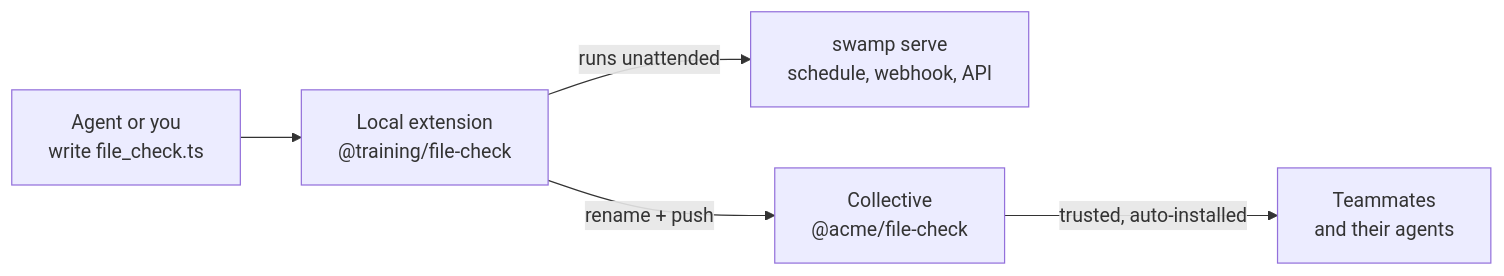
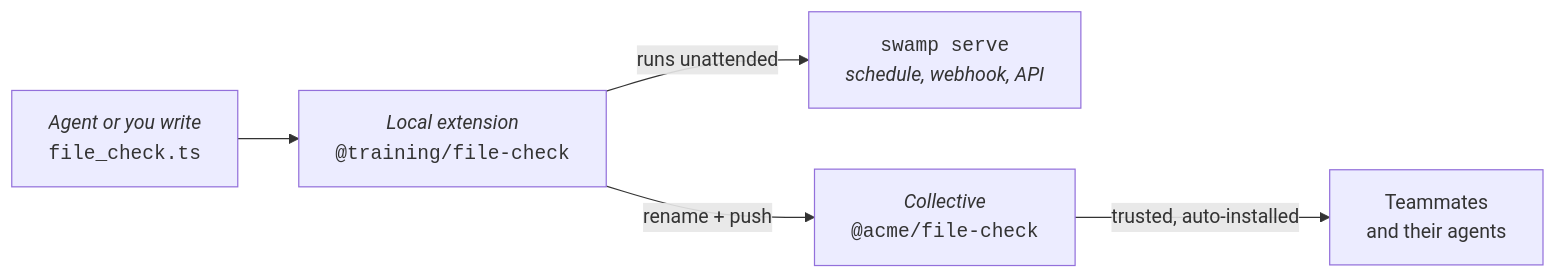
One commit to taylorific/swamp-training changed the fourth of 4 diagrams in slides.md. Above: the diagram before and after it, drawn with Mermaid. The commit also changed other lines of this file, not shown here.

````diff
--- a/slides.md
+++ b/slides.md
@@ -2103,13 +2129,13 @@
 ```mermaid {scale: 0.75}
 flowchart LR
-    A["Agent or you<br/>write file_check.ts"]
-    L["Local extension<br/>@training/file-check"]
-    S["swamp serve<br/>schedule, webhook, API"]
-    C["Collective<br/>@acme/file-check"]
+    A["<i>Agent or you write</i><br/><code>file_check.ts</code>"]
+    L["<i>Local extension</i><br/><code>@training/file-check</code>"]
+    S["<code>swamp serve</code><br/><i>schedule, webhook, API</i>"]
+    C["<i>Collective</i><br/><code>@acme/file-check</code>"]
     T["Teammates<br/>and their agents"]
 
     A --> L
     L -->|"runs unattended"| S
     L -->|"rename + push"| C
     C -->|"trusted, auto-installed"| T
 ```
````
